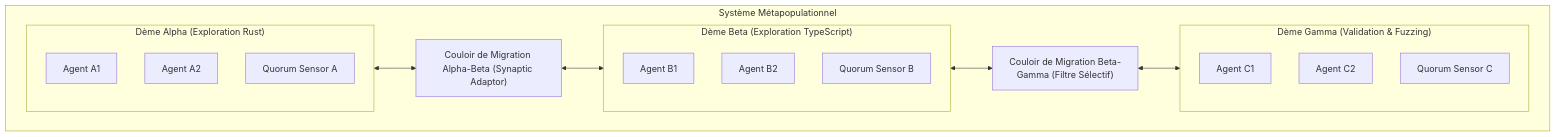
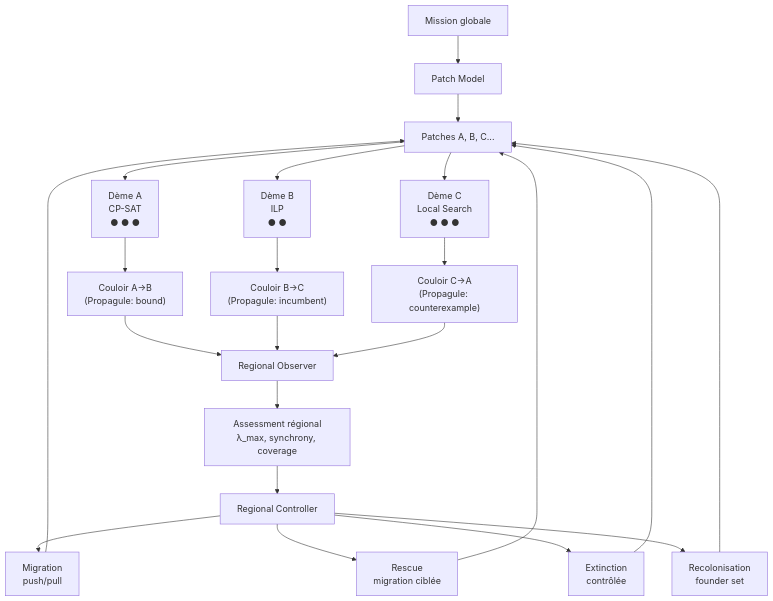
The first of 3 diagrams in docs/02-orchestration/topologies/metapopulation.md (PISSARAW/GenOS), drawn with Mermaid before and after one commit. The commit also changed other lines of this file, not shown here.

First line of the commit message:
[DOC] Refonte complete de la doc Metapopulation v3 -- persistance regionale, dèmes, migration, extinction/recolonisation

````diff
--- a/docs/02-orchestration/topologies/metapopulation.md
+++ b/docs/02-orchestration/topologies/metapopulation.md
@@ -714,30 +969,31 @@
 ```mermaid
 flowchart TB
-    subgraph MetaPop["Système Métapopulationnel"]
-        subgraph DemeA["Dème Alpha (Exploration Rust)"]
-            A1["Agent A1"]
-            A2["Agent A2"]
-            QS_A["Quorum Sensor A"]
-        end
+    Mission["Mission globale"] --> PatchModel["Patch Model"]
+    PatchModel --> Patches["Patches A, B, C..."]
 
-        subgraph DemeB["Dème Beta (Exploration TypeScript)"]
-            B1["Agent B1"]
-            B2["Agent B2"]
-            QS_B["Quorum Sensor B"]
-        end
+    Patches --> DemeA["Dème A\nCP-SAT\n● ● ●"]
+    Patches --> DemeB["Dème B\nILP\n● ●"]
+    Patches --> DemeC["Dème C\nLocal Search\n● ● ●"]
 
-        subgraph DemeC["Dème Gamma (Validation & Fuzzing)"]
-            C1["Agent C1"]
-            C2["Agent C2"]
-            QS_C["Quorum Sensor C"]
-        end
+    DemeA --> CorridorAB["Couloir A→B\n(Propagule: bound)"]
+    DemeB --> CorridorBC["Couloir B→C\n(Propagule: incumbent)"]
+    DemeC --> CorridorCA["Couloir C→A\n(Propagule: counterexample)"]
 
-        CorridorAB["Couloir de Migration Alpha-Beta (Synaptic Adaptor)"]
-        CorridorBC["Couloir de Migration Beta-Gamma (Filtre Sélectif)"]
-    end
+    CorridorAB --> RegionalObserver["Regional Observer"]
+    CorridorBC --> RegionalObserver
+    CorridorCA --> RegionalObserver
 
-    DemeA <--> CorridorAB
-    CorridorAB <--> DemeB
-    DemeB <--> CorridorBC
-    CorridorBC <--> DemeC
+    RegionalObserver --> Assessment["Assessment régional\nλ_max, synchrony, coverage"]
+
+    Assessment --> Controller["Regional Controller"]
+
+    Controller --> ActionMigrate["Migration\npush/pull"]
+    Controller --> ActionRescue["Rescue\nmigration ciblée"]
+    Controller --> ActionExtinct["Extinction\ncontrôlée"]
+    Controller --> ActionRecolon["Recolonisation\nfounder set"]
+
+    ActionMigrate --> Patches
+    ActionRescue --> Patches
+    ActionExtinct --> Patches
+    ActionRecolon --> Patches
 ```
````
